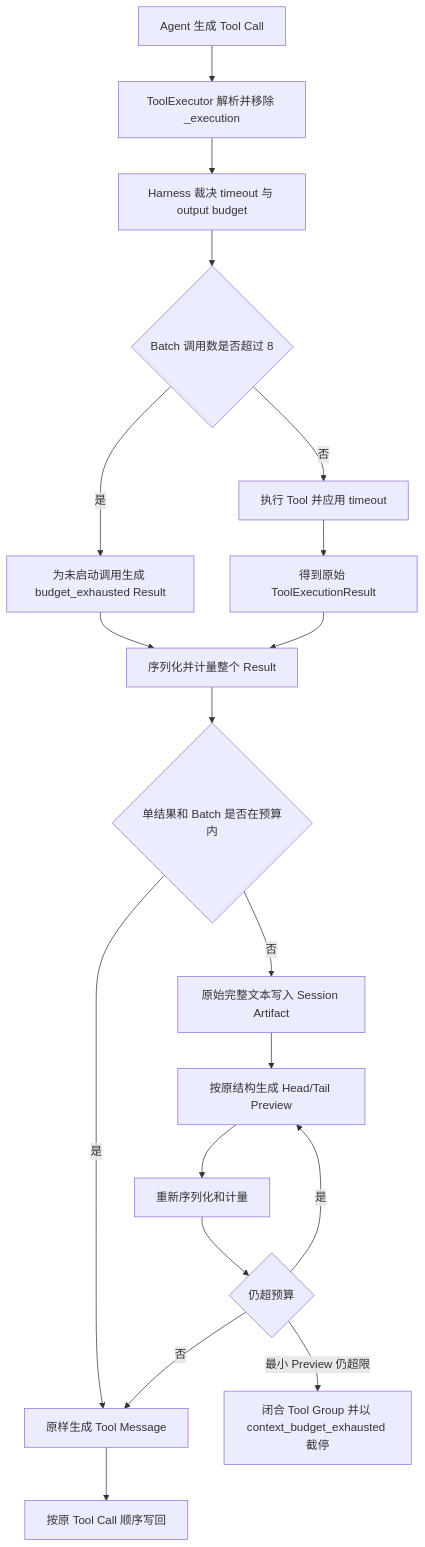
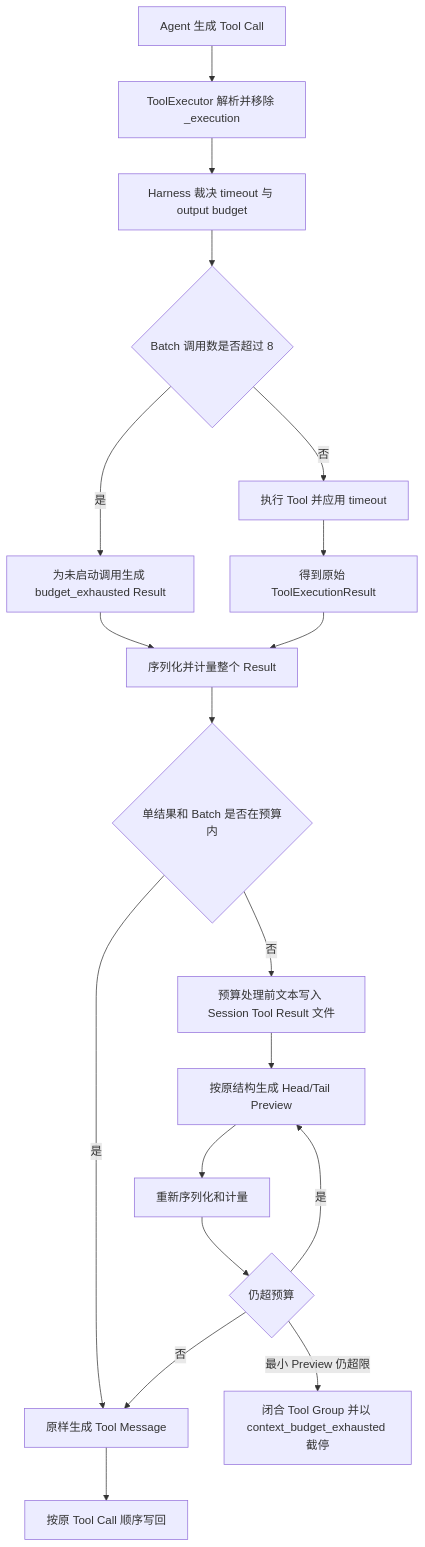
Before and after one commit to Removel/Icarus: the diagram in apps/agent/docs/arch/tool-execution-guard-design.md, drawn with Mermaid. The commit also changed other lines of this file and 3 other files, not shown here.

````diff
--- a/apps/agent/docs/arch/tool-execution-guard-design.md
+++ b/apps/agent/docs/arch/tool-execution-guard-design.md
@@ -110,21 +109,21 @@
 ```mermaid
 flowchart TD
     A[Agent 生成 Tool Call] --> B[ToolExecutor 解析并移除 _execution]
     B --> C[Harness 裁决 timeout 与 output budget]
     C --> D{Batch 调用数是否超过 8}
     D -- 是 --> E[为未启动调用生成 budget_exhausted Result]
     D -- 否 --> F[执行 Tool 并应用 timeout]
     F --> G[得到原始 ToolExecutionResult]
     E --> H[序列化并计量整个 Result]
     G --> H
     H --> I{单结果和 Batch 是否在预算内}
     I -- 是 --> J[原样生成 Tool Message]
-    I -- 否 --> K[原始完整文本写入 Session Artifact]
+    I -- 否 --> K[预算处理前文本写入 Session Tool Result 文件]
     K --> L[按原结构生成 Head/Tail Preview]
     L --> M[重新序列化和计量]
     M --> N{仍超预算}
     N -- 是 --> L
     N -- 最小 Preview 仍超限 --> O[闭合 Tool Group 并以 context_budget_exhausted 截停]
     N -- 否 --> J
     J --> P[按原 Tool Call 顺序写回]
 ```
````
